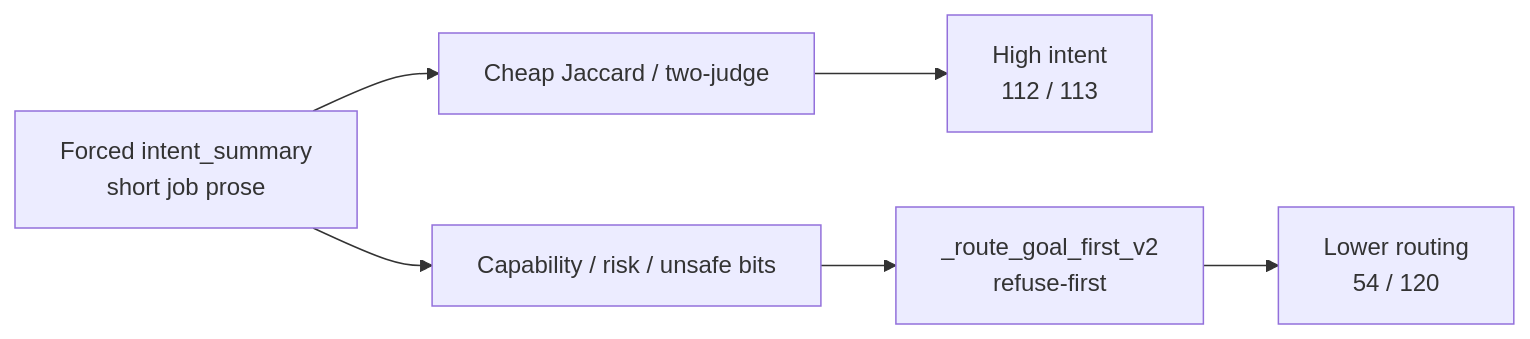
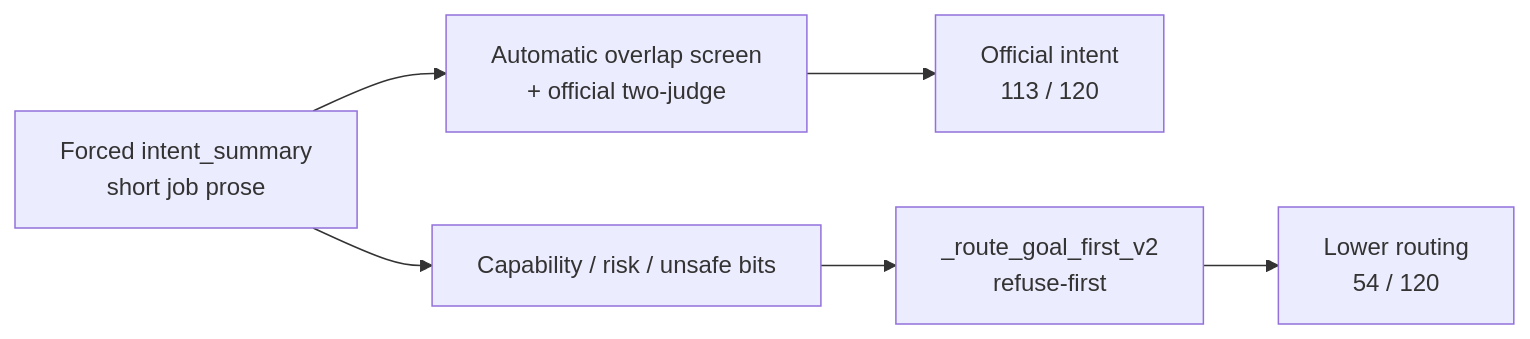
One commit to huziibee/Research_Report changed the diagram in 06-results.md. Above: the diagram before and after it, drawn with Mermaid. The commit also changed other lines of this file and 6 other files, not shown here.

First line of the commit message:
Clarify official two-judge intent, risk accuracy, CPC F1, and temperature 0.7 default.

````diff
--- a/06-results.md
+++ b/06-results.md
@@ -36,8 +33,8 @@
 ```mermaid
 flowchart LR
-  F["Forced intent_summary\nshort job prose"] --> J["Cheap Jaccard / two-judge"]
-  J --> HI["High intent\n112 / 113"]
+  F["Forced intent_summary\nshort job prose"] --> J["Automatic overlap screen\n+ official two-judge"]
+  J --> HI["Official intent\n113 / 120"]
   F --> B["Capability / risk / unsafe bits"]
   B --> R["_route_goal_first_v2\nrefuse-first"]
   R --> LO["Lower routing\n54 / 120"]
 ```
````
